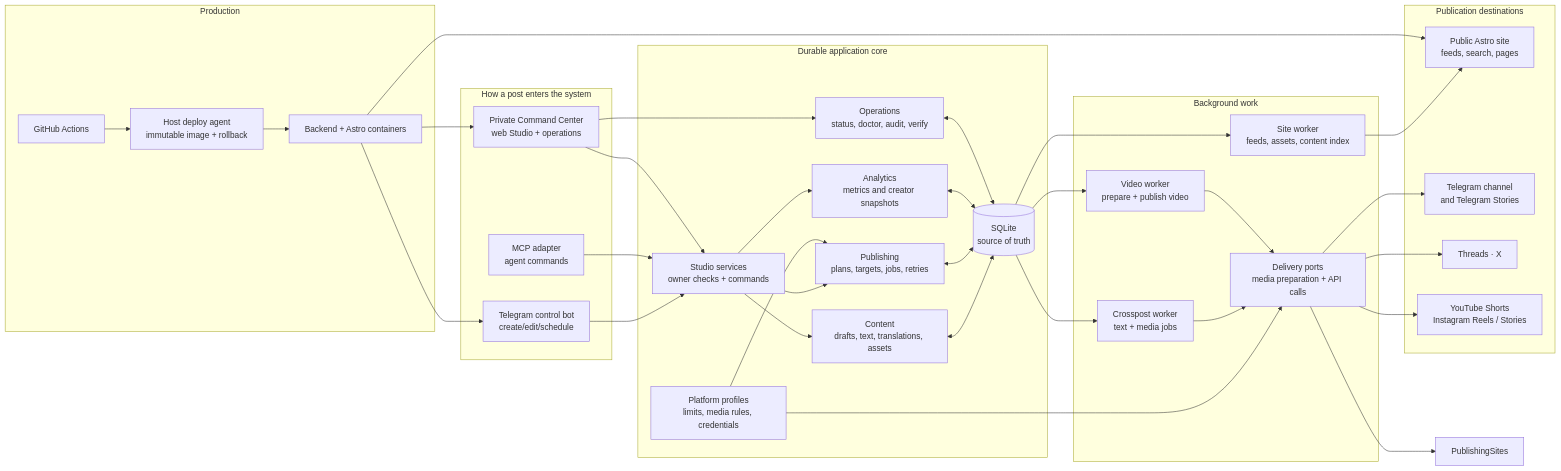
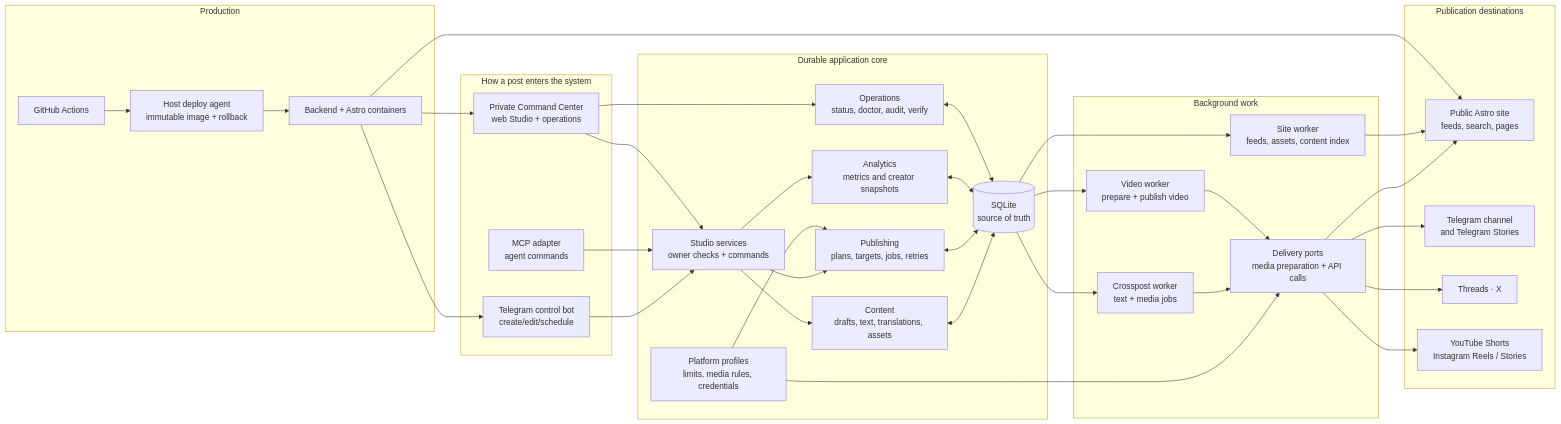
One commit to alexgetmancom/alexgetman.com changed the diagram in project-map.mmd. Above: the diagram before and after it, drawn with Mermaid. The commit also changed 21 other files, not shown here.

Commit message:
refactor: improve architecture checks and shared utilities

```diff
--- a/project-map.mmd
+++ b/project-map.mmd
@@ -1,62 +1,62 @@
 flowchart LR
   subgraph Authoring["How a post enters the system"]
     ControlBot["Telegram control bot\ncreate/edit/schedule"]
     MCP["MCP adapter\nagent commands"]
     CommandCenter["Private Command Center\nweb Studio + operations"]
   end
 
   subgraph Core["Durable application core"]
     Studio["Studio services\nowner checks + commands"]
     Content["Content\ndrafts, text, translations, assets"]
     Publishing["Publishing\nplans, targets, jobs, retries"]
     Profiles["Platform profiles\nlimits, media rules, credentials"]
     Analytics["Analytics\nmetrics and creator snapshots"]
     Operations["Operations\nstatus, doctor, audit, verify"]
     DB[("SQLite\nsource of truth")]
   end
 
   subgraph Workers["Background work"]
     Crosspost["Crosspost worker\ntext + media jobs"]
     VideoWorker["Video worker\nprepare + publish video"]
     SiteWorker["Site worker\nfeeds, assets, content index"]
     Delivery["Delivery ports\nmedia preparation + API calls"]
   end
 
   subgraph Destinations["Publication destinations"]
     PublicSite["Public Astro site\nfeeds, search, pages"]
     TelegramChannel["Telegram channel\nand Telegram Stories"]
     SocialText["Threads · X"]
     VideoPlatforms["YouTube Shorts\nInstagram Reels / Stories"]
   end
 
   subgraph Deploy["Production"]
     CI["GitHub Actions"] --> Agent["Host deploy agent\nimmutable image + rollback"]
     Agent --> Runtime["Backend + Astro containers"]
   end
 
   ControlBot --> Studio
   MCP --> Studio
   CommandCenter --> Studio
   CommandCenter --> Operations
   Studio --> Content
   Studio --> Publishing
   Studio --> Analytics
   Profiles --> Publishing
   Profiles --> Delivery
   Content <--> DB
   Publishing <--> DB
   Analytics <--> DB
   Operations <--> DB
   DB --> Crosspost
   DB --> VideoWorker
   DB --> SiteWorker
   Crosspost --> Delivery
   VideoWorker --> Delivery
   Delivery --> TelegramChannel
   Delivery --> SocialText
-  Delivery --> PublishingSites
+  Delivery --> PublicSite
   Delivery --> VideoPlatforms
   SiteWorker --> PublicSite
   Runtime --> ControlBot
   Runtime --> CommandCenter
   Runtime --> PublicSite
```
